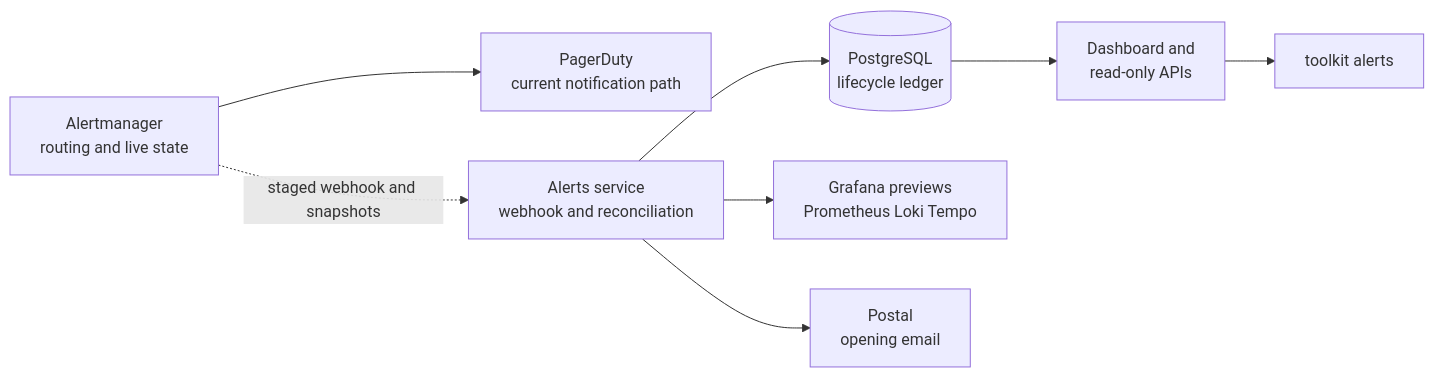
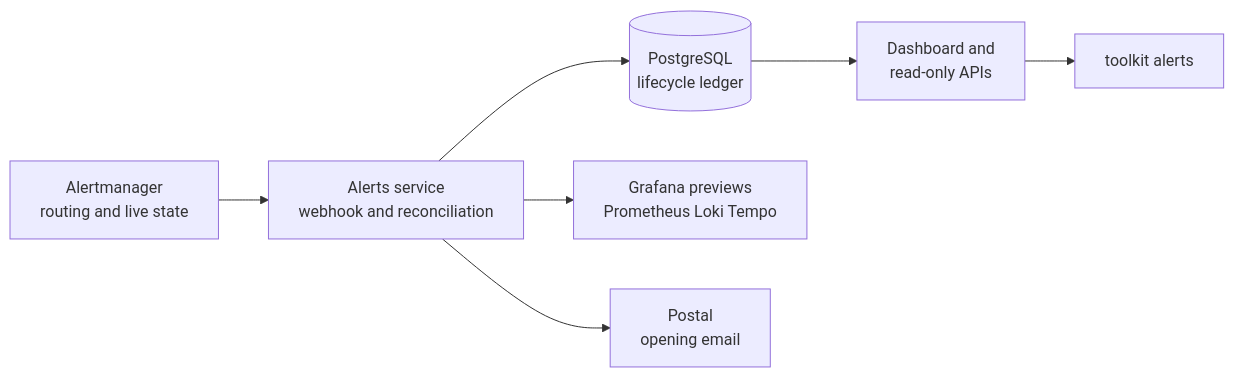
Before and after one commit to shepherdjerred/monorepo: the diagram in packages/docs/wiki/src/content/docs/explanation/homelab/alerts.md, drawn with Mermaid. The commit also changed other lines of this file and 56 other files, not shown here.

````diff
--- a/packages/docs/wiki/src/content/docs/explanation/homelab/alerts.md
+++ b/packages/docs/wiki/src/content/docs/explanation/homelab/alerts.md
@@ -12,22 +12,20 @@
 ```mermaid
 flowchart LR
   accTitle: Alert routing and durable history
-  accDescr: Alertmanager remains authoritative. It sends notifications to the current PagerDuty path while the Alerts foundation is staged. After activation, Alertmanager webhooks and snapshots feed a PostgreSQL ledger; the dashboard, read-only API, toolkit, Grafana previews, and Postal opening email use that ledger.
+  accDescr: Alertmanager remains authoritative for live state. Its authenticated webhook and snapshots feed a PostgreSQL ledger; the dashboard, read-only API, toolkit, Grafana previews, and Postal opening email use that ledger.
 
   AM[Alertmanager\nrouting and live state]
-  PD[PagerDuty\ncurrent notification path]
   LEDGER[Alerts service\nwebhook and reconciliation]
   DB[(PostgreSQL\nlifecycle ledger)]
   UI[Dashboard and\nread-only APIs]
   CLI[toolkit alerts]
   GRAFANA[Grafana previews\nPrometheus Loki Tempo]
   POSTAL[Postal\nopening email]
 
-  AM --> PD
-  AM -. staged webhook and snapshots .-> LEDGER
+  AM --> LEDGER
   LEDGER --> DB
   DB --> UI
   UI --> CLI
   LEDGER --> GRAFANA
   LEDGER --> POSTAL
 ```
````
